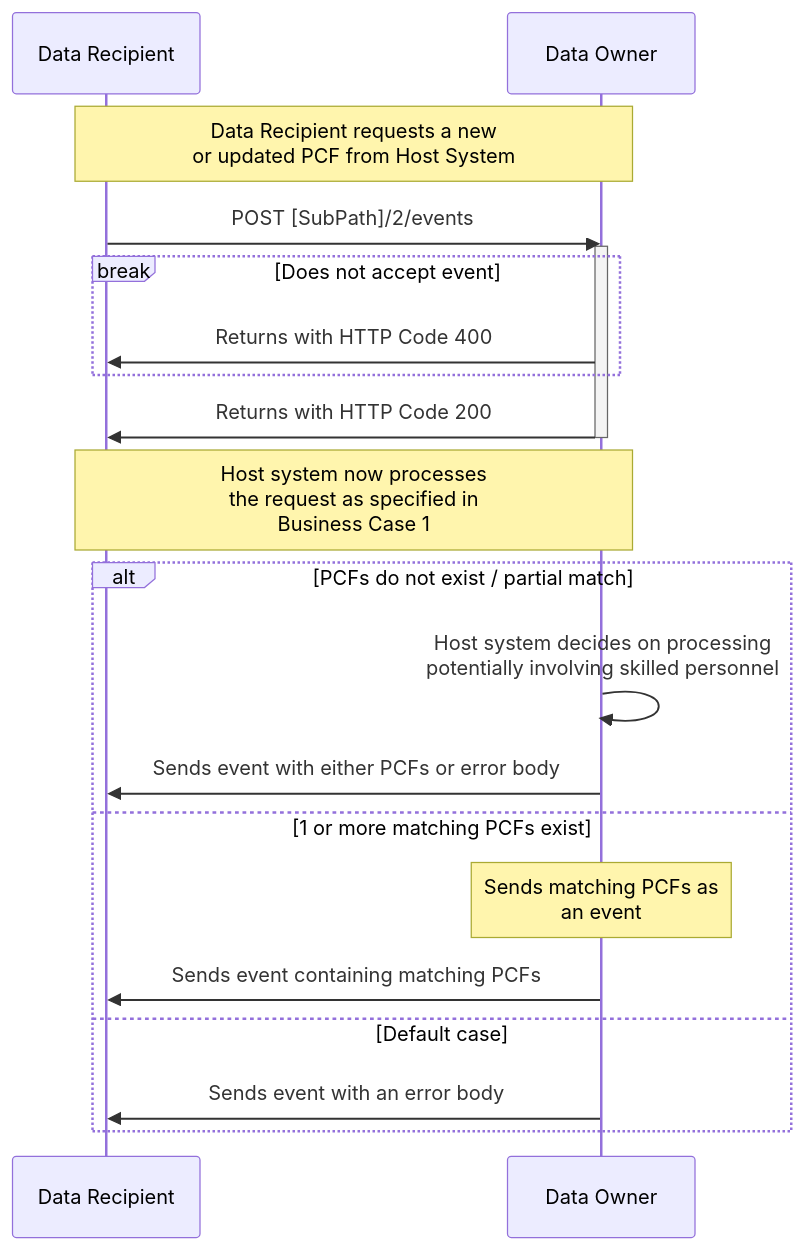
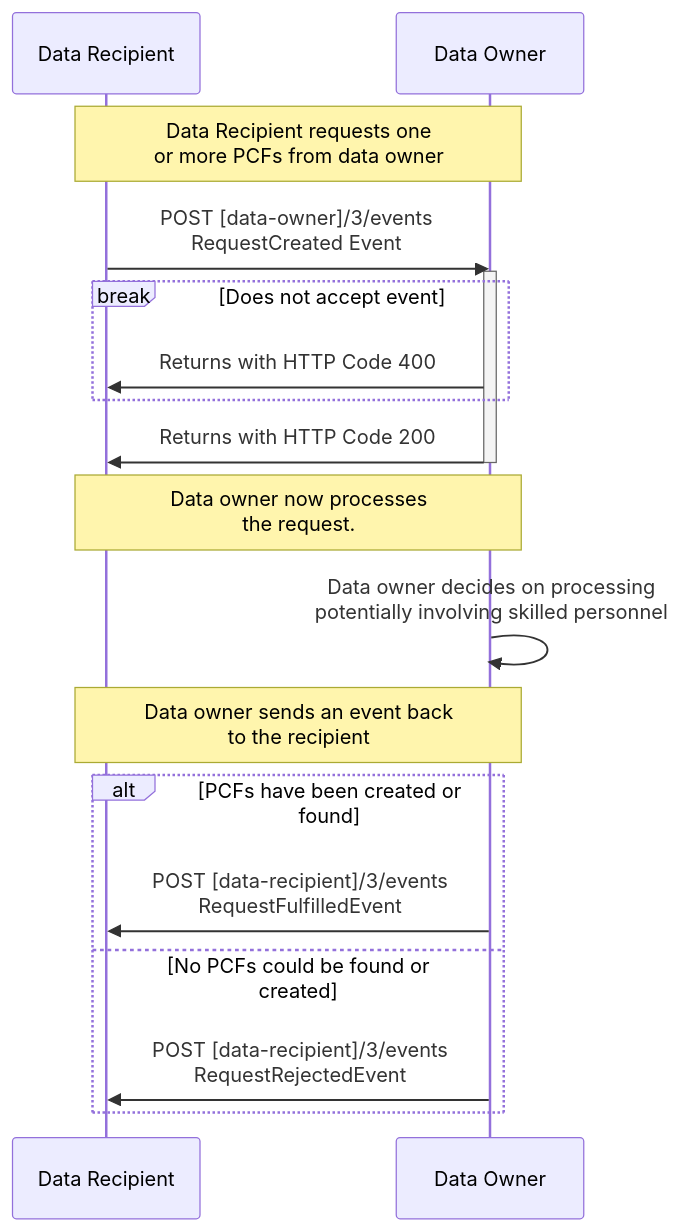
One commit to wbcsd/data-exchange-protocol changed the diagram in spec/v3/diagrams/events.mmd. Above: the diagram before and after it, drawn with Mermaid.

Commit message:
docs: clarification on async diagram

```diff
--- a/spec/v3/diagrams/events.mmd
+++ b/spec/v3/diagrams/events.mmd
@@ -1,25 +1,23 @@
 sequenceDiagram
     participant D as Data Recipient
     participant H as Data Owner
 
-    Note over D, H: Data Recipient requests a new<br/> or updated PCF from Host System
-    D->>H: POST [SubPath]/2/events
+    Note over D, H: Data Recipient requests one <br/> or more PCFs from data owner
+    D->>H: POST [data-owner]/3/events <br/>RequestCreated Event
     Activate H
     break Does not accept event
         H->>D: Returns with HTTP Code 400
     end
 
     H->>D: Returns with HTTP Code 200
     Deactivate H
 
-    Note over D, H: Host system now processes<br/> the request as specified in<br/>Business Case 1
+    Note over D, H: Data owner now processes<br/> the request.
+    H->>H: Data owner decides on processing<br/>potentially involving skilled personnel
 
-    alt PCFs do not exist / partial match
-        H->>H: Host system decides on processing<br/>potentially involving skilled personnel
-        H->>D: Sends event with either PCFs or error body
-    else 1 or more matching PCFs exist
-        Note over H: Sends matching PCFs as<br/>an event
-        H->>D: Sends event containing matching PCFs
-    else Default case
-        H->>D: Sends event with an error body
+    Note over D, H: Data owner sends an event back <br/>to the recipient
+    alt PCFs have been created or found
+        H->>D: POST [data-recipient]/3/events <br/>RequestFulfilledEvent
+    else No PCFs could be found or created
+        H->>D: POST [data-recipient]/3/events <br/>RequestRejectedEvent
     end
```
